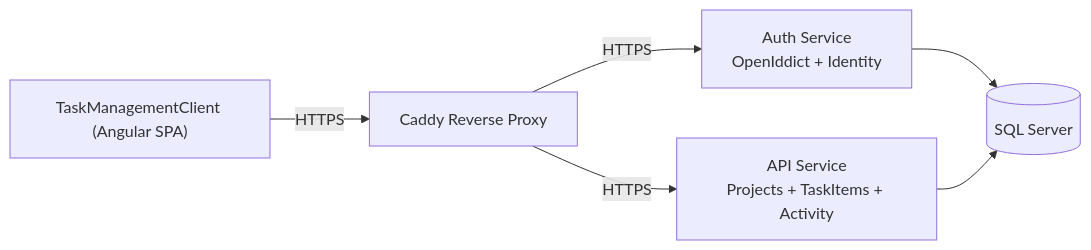
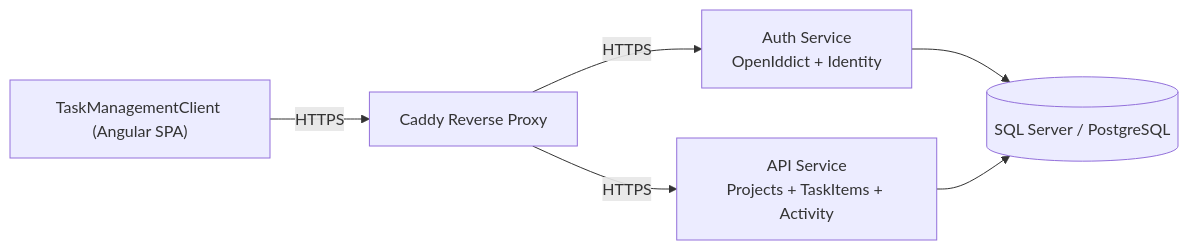
One commit to Diogo-Ferraz/TaskManagementServer changed the diagram in README.md. Above: the diagram before and after it, drawn with Mermaid. The commit also changed other lines of this file, not shown here.

Commit message:
docs: include PostgreSQL information

````diff
--- a/README.md
+++ b/README.md
@@ -15,8 +15,8 @@
 ```mermaid
 flowchart LR
     SPA["TaskManagementClient (Angular SPA)"] -->|"HTTPS"| Caddy["Caddy Reverse Proxy"]
     Caddy -->|"HTTPS"| Auth["Auth Service<br/>OpenIddict + Identity"]
     Caddy -->|"HTTPS"| Api["API Service<br/>Projects + TaskItems + Activity"]
-    Auth --> Db[("SQL Server")]
+    Auth --> Db[("SQL Server / PostgreSQL")]
     Api --> Db
 ```
````
